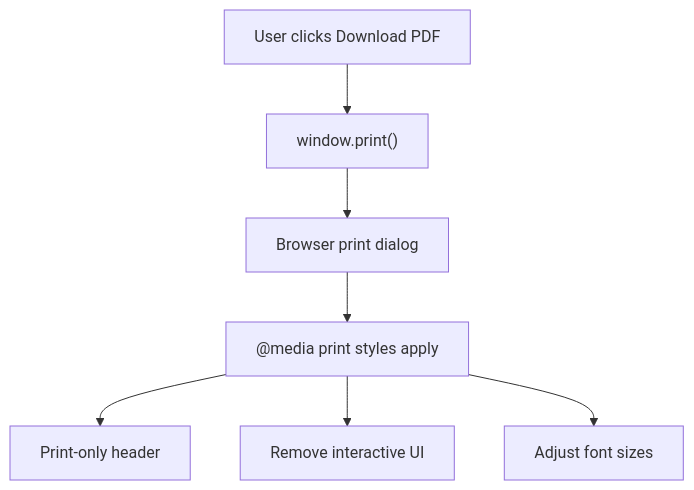
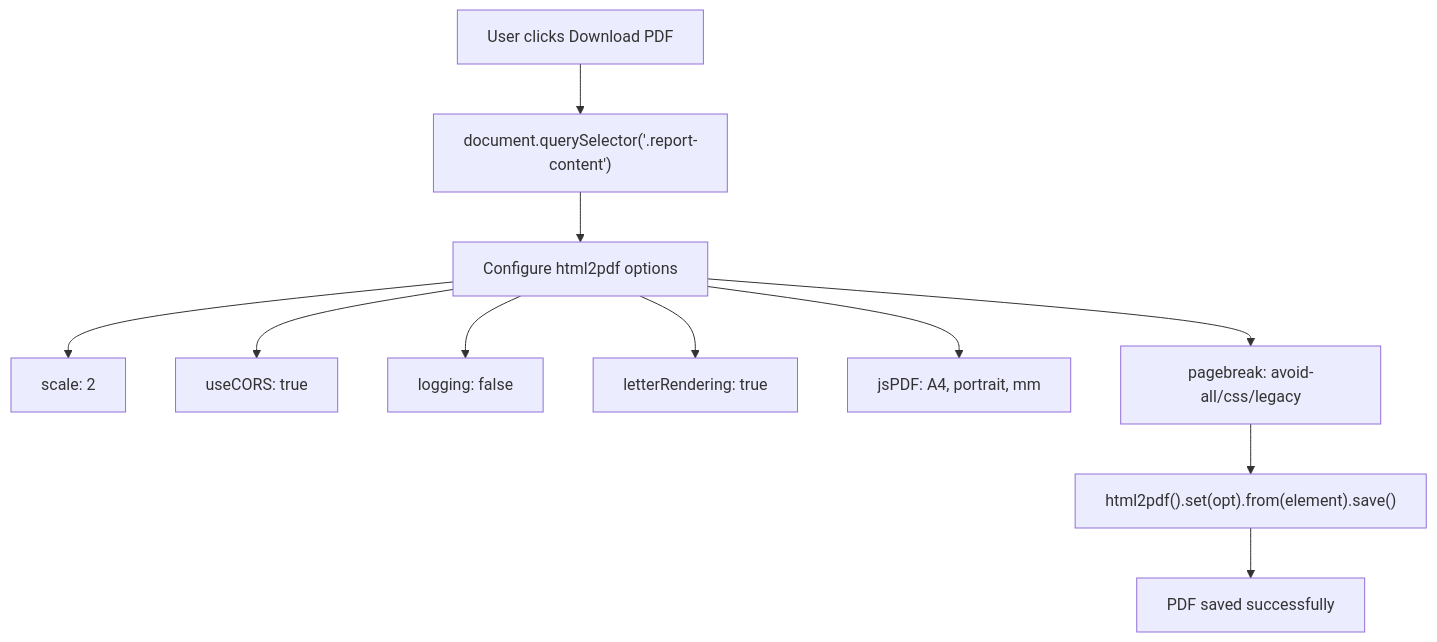
The ninth of 12 diagrams in .qoder/repowiki/en/content/Reporting & Analytics/Individual Reports.md (Revanththetalogics/aireume), drawn with Mermaid before and after one commit. The commit also changed other lines of this file and 21 other files, not shown here.

````diff
--- a/.qoder/repowiki/en/content/Reporting & Analytics/Individual Reports.md
+++ b/.qoder/repowiki/en/content/Reporting & Analytics/Individual Reports.md
@@ -427,9 +409,13 @@
 ```mermaid
 flowchart TD
-Click["User clicks Download PDF"] --> Print["window.print()"]
-Print --> Browser["Browser print dialog"]
-Browser --> Styles["@media print styles apply"]
-Styles --> Header["Print-only header"]
-Styles --> RemoveUI["Remove interactive UI"]
-Styles --> AdjustFonts["Adjust font sizes"]
+Click["User clicks Download PDF"] --> GetElement["document.querySelector('.report-content')"]
+GetElement --> Config["Configure html2pdf options"]
+Config --> Scale["scale: 2"]
+Config --> CORS["useCORS: true"]
+Config --> Logging["logging: false"]
+Config --> Letter["letterRendering: true"]
+Config --> Format["jsPDF: A4, portrait, mm"]
+Config --> PageBreak["pagebreak: avoid-all/css/legacy"]
+PageBreak --> Generate["html2pdf().set(opt).from(element).save()"]
+Generate --> Success["PDF saved successfully"]
 ```
````
